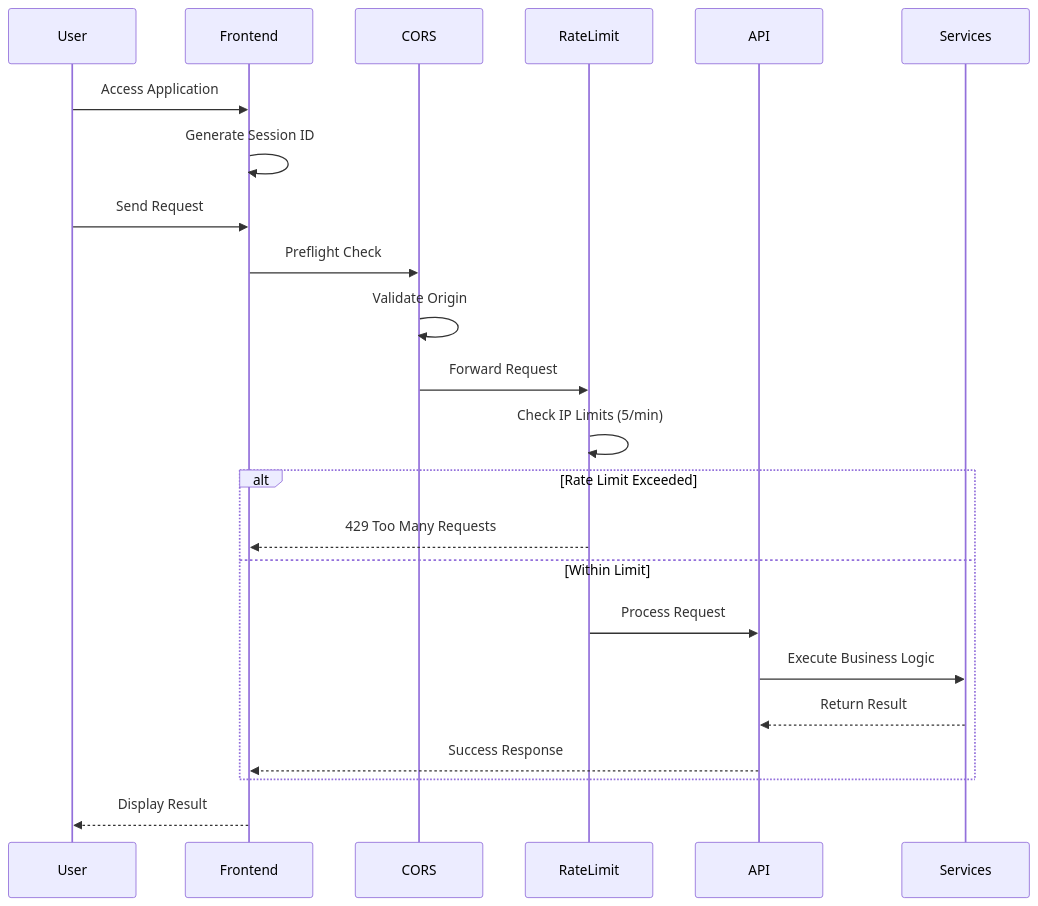
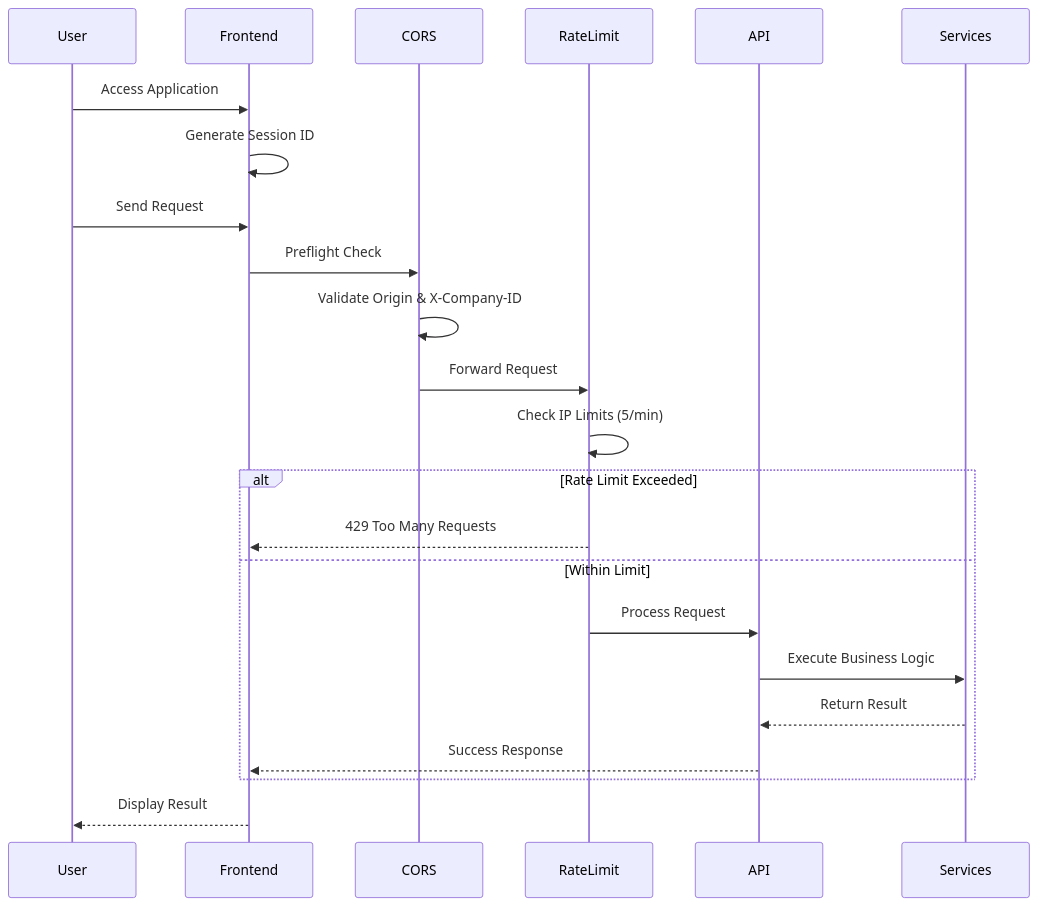
One commit to ShantanuV2709/CORPWISE changed diagram 15 of 17 in project_workflow.md. Above: the diagram before and after it, drawn with Mermaid. The commit also changed other lines of this file and 21 other files, not shown here.

````diff
--- a/project_workflow.md
+++ b/project_workflow.md
@@ -617,30 +617,30 @@
 ```mermaid
 sequenceDiagram
     participant User
     participant Frontend
     participant CORS
     participant RateLimit
     participant API
     participant Services
     
     User->>Frontend: Access Application
     Frontend->>Frontend: Generate Session ID
     
     User->>Frontend: Send Request
     Frontend->>CORS: Preflight Check
-    CORS->>CORS: Validate Origin
+    CORS->>CORS: Validate Origin & X-Company-ID
     
     CORS->>RateLimit: Forward Request
     RateLimit->>RateLimit: Check IP Limits (5/min)
     
     alt Rate Limit Exceeded
         RateLimit-->>Frontend: 429 Too Many Requests
     else Within Limit
         RateLimit->>API: Process Request
         API->>Services: Execute Business Logic
         Services-->>API: Return Result
         API-->>Frontend: Success Response
     end
     
     Frontend-->>User: Display Result
 ```
````
